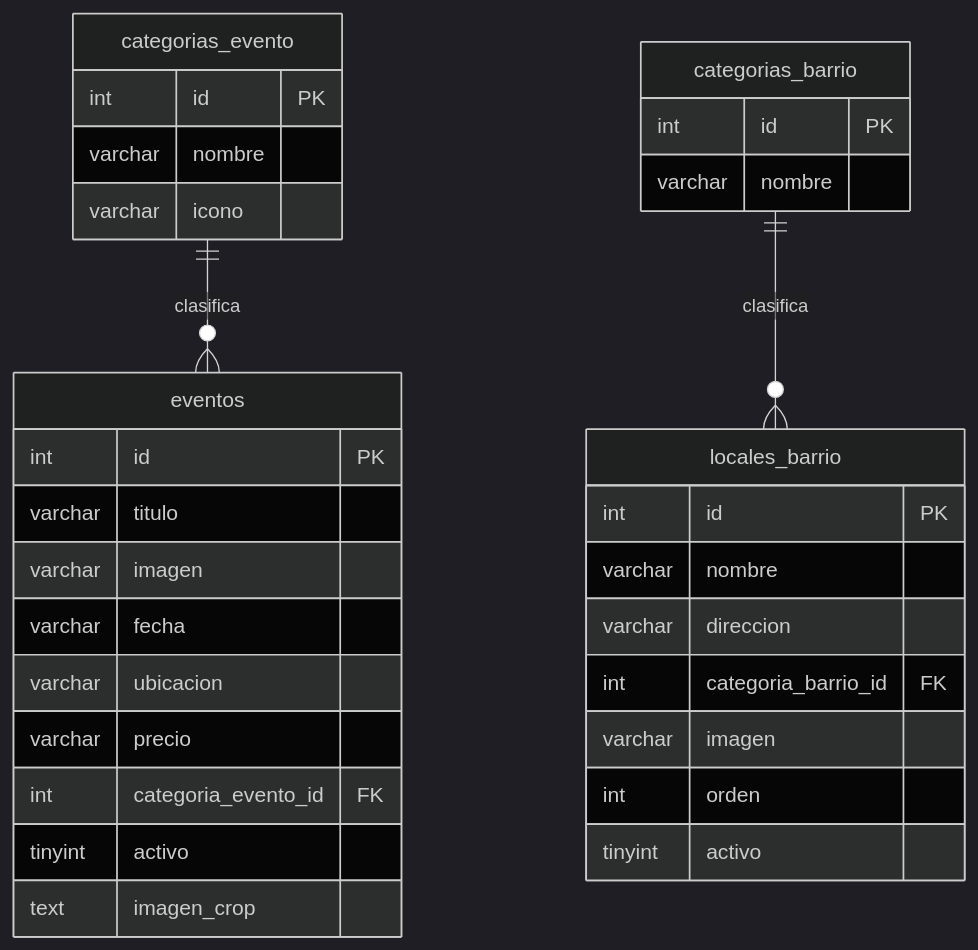
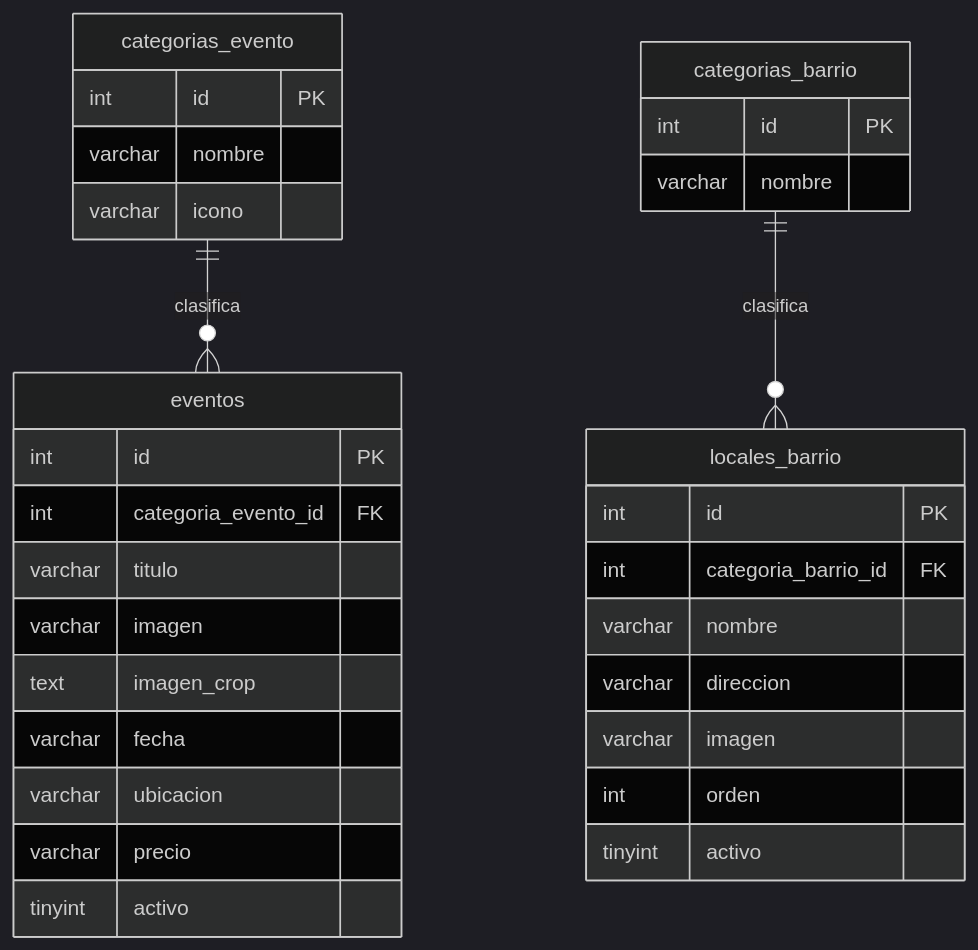
The fifth of 6 diagrams in diagrama_BD.md (pato1982/Solo_un_click), drawn with Mermaid (dark theme) before and after one commit. The commit also changed other lines of this file and 2 other files, not shown here.

First line of the commit message:
docs(db-schema-v2): batch C — homologación de diagrama, roadmap y estado real auditoría

````diff
--- a/diagrama_BD.md
+++ b/diagrama_BD.md
@@ -231,38 +238,34 @@
 ```mermaid
 erDiagram
     categorias_evento {
         int id PK
         varchar nombre
         varchar icono
     }
-
     eventos {
         int id PK
+        int categoria_evento_id FK
         varchar titulo
         varchar imagen
+        text imagen_crop
         varchar fecha
         varchar ubicacion
         varchar precio
-        int categoria_evento_id FK
         tinyint activo
-        text imagen_crop
     }
-
     categorias_barrio {
         int id PK
         varchar nombre
     }
-
     locales_barrio {
         int id PK
+        int categoria_barrio_id FK
         varchar nombre
         varchar direccion
-        int categoria_barrio_id FK
         varchar imagen
         int orden
         tinyint activo
     }
-
     categorias_evento ||--o{ eventos : "clasifica"
     categorias_barrio ||--o{ locales_barrio : "clasifica"
 ```
````
